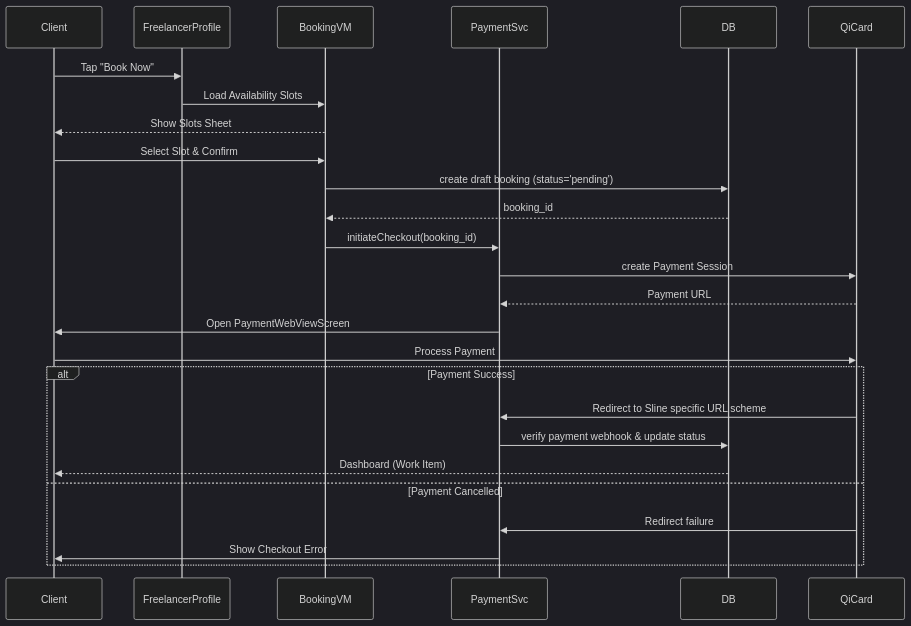
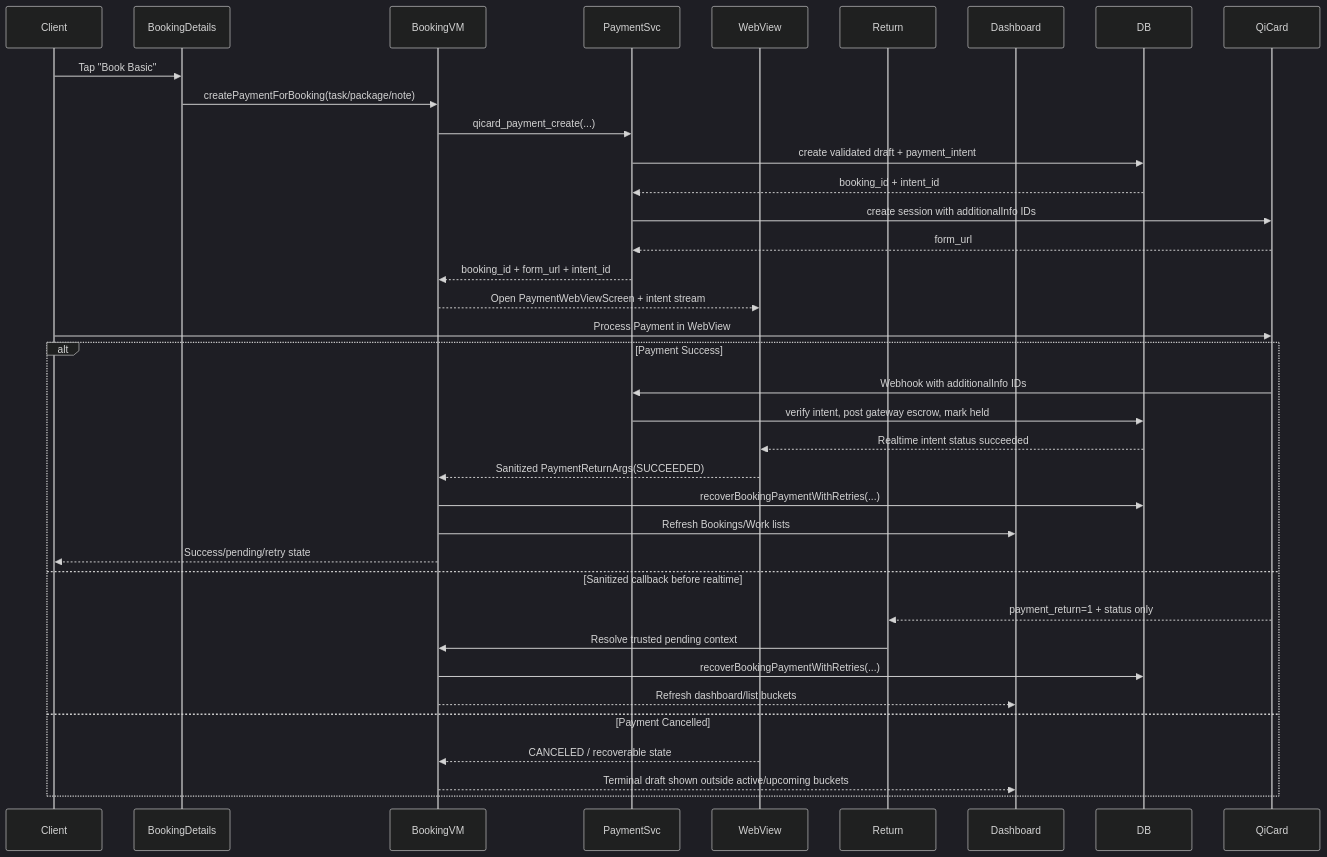
One commit to faroqomar/SlineProject changed the diagram in Sline_everything/AppDigram/UI_Sequence/05_booking_ui_sequence.md. Above: the diagram before and after it, drawn with Mermaid (dark theme). The commit also changed other lines of this file and 185 other files, not shown here.

````diff
--- a/Sline_everything/AppDigram/UI_Sequence/05_booking_ui_sequence.md
+++ b/Sline_everything/AppDigram/UI_Sequence/05_booking_ui_sequence.md
@@ -11,33 +11,42 @@
 ```mermaid
 sequenceDiagram
     participant Client
-    participant FreelancerProfile
+    participant BookingDetails
     participant BookingVM
     participant PaymentSvc
+    participant WebView
+    participant Return
+    participant Dashboard
     participant DB
     participant QiCard
 
-    Client->>FreelancerProfile: Tap "Book Now"
-    FreelancerProfile->>BookingVM: Load Availability Slots
-    BookingVM-->>Client: Show Slots Sheet
+    Client->>BookingDetails: Tap "Book Basic"
+    BookingDetails->>BookingVM: createPaymentForBooking(task/package/note)
+    BookingVM->>PaymentSvc: qicard_payment_create(...)
+    PaymentSvc->>DB: create validated draft + payment_intent
+    DB-->>PaymentSvc: booking_id + intent_id
+    PaymentSvc->>QiCard: create session with additionalInfo IDs
+    QiCard-->>PaymentSvc: form_url
+    PaymentSvc-->>BookingVM: booking_id + form_url + intent_id
 
-    Client->>BookingVM: Select Slot & Confirm
-    BookingVM->>DB: create draft booking (status='pending')
-    DB-->>BookingVM: booking_id
-
-    BookingVM->>PaymentSvc: initiateCheckout(booking_id)
-    PaymentSvc->>QiCard: create Payment Session
-    QiCard-->>PaymentSvc: Payment URL
-
-    PaymentSvc->>Client: Open PaymentWebViewScreen
-    Client->>QiCard: Process Payment
+    BookingVM-->>WebView: Open PaymentWebViewScreen + intent stream
+    Client->>QiCard: Process Payment in WebView
 
     alt Payment Success
-        QiCard->>PaymentSvc: Redirect to Sline specific URL scheme
-        PaymentSvc->>DB: verify payment webhook & update status
-        DB-->>Client: Dashboard (Work Item)
+        QiCard->>PaymentSvc: Webhook with additionalInfo IDs
+        PaymentSvc->>DB: verify intent, post gateway escrow, mark held
+        DB-->>WebView: Realtime intent status succeeded
+        WebView-->>BookingVM: Sanitized PaymentReturnArgs(SUCCEEDED)
+        BookingVM->>DB: recoverBookingPaymentWithRetries(...)
+        BookingVM->>Dashboard: Refresh Bookings/Work lists
+        BookingVM-->>Client: Success/pending/retry state
+    else Sanitized callback before realtime
+        QiCard-->>Return: payment_return=1 + status only
+        Return->>BookingVM: Resolve trusted pending context
+        BookingVM->>DB: recoverBookingPaymentWithRetries(...)
+        BookingVM-->>Dashboard: Refresh dashboard/list buckets
     else Payment Cancelled
-        QiCard->>PaymentSvc: Redirect failure
-        PaymentSvc->>Client: Show Checkout Error
+        WebView-->>BookingVM: CANCELED / recoverable state
+        BookingVM-->>Dashboard: Terminal draft shown outside active/upcoming buckets
     end
 ```
````
